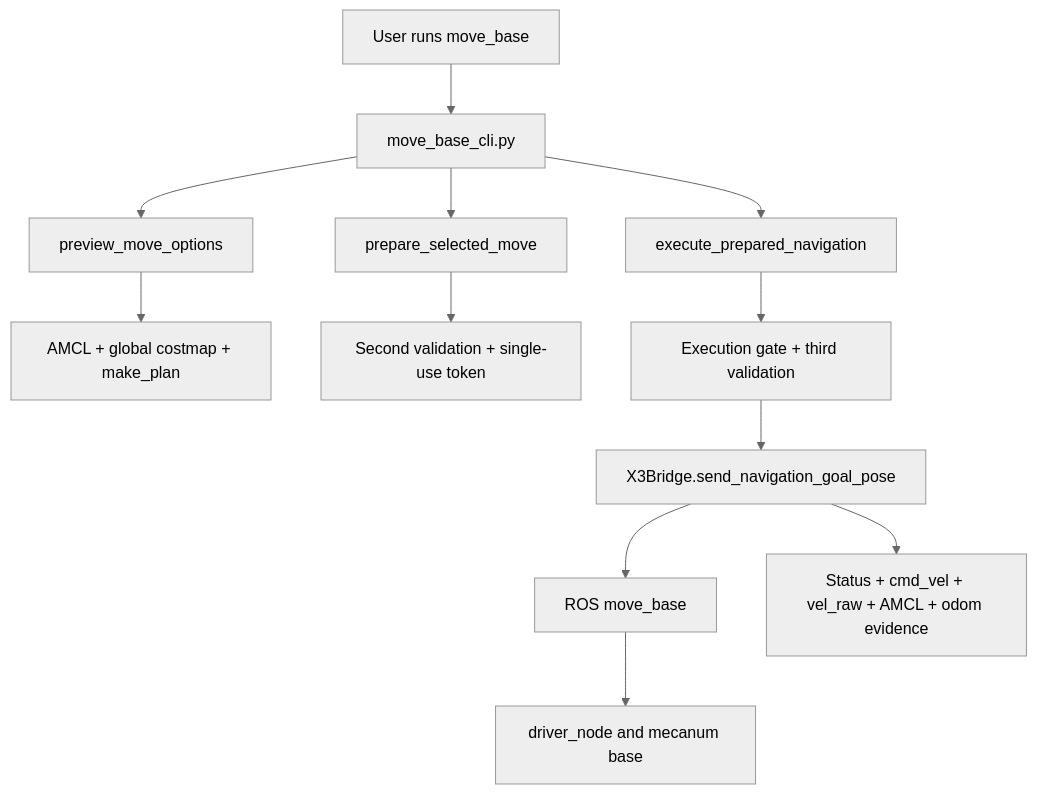
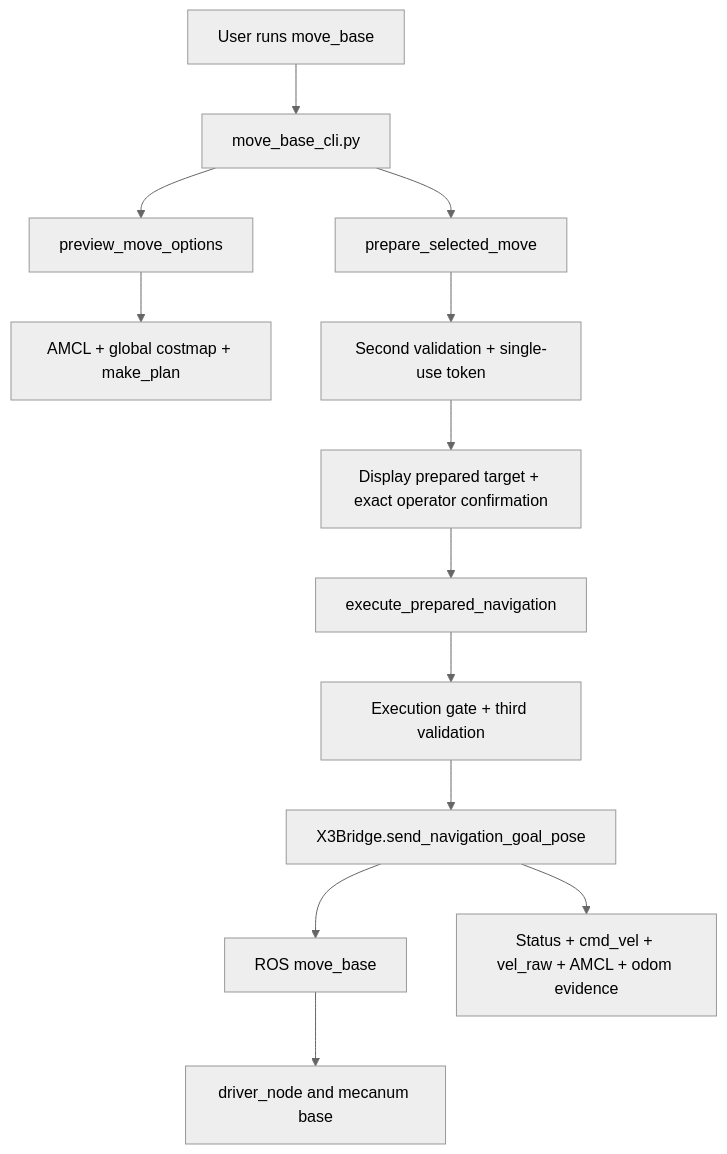
Before and after one commit to luoyg0831-a11y/robonix-rosmaster-x3-safe-move: the diagram in docs/architecture.md, drawn with Mermaid (neutral theme). The commit also changed other lines of this file and 30 other files, not shown here.

````diff
--- a/docs/architecture.md
+++ b/docs/architecture.md
@@ -14,14 +14,15 @@
 ```mermaid
 flowchart TD
     U["User runs move_base"] --> C["move_base_cli.py"]
     C --> P["preview_move_options"]
     P --> R["AMCL + global costmap + make_plan"]
     C --> S["prepare_selected_move"]
     S --> T["Second validation + single-use token"]
-    C --> E["execute_prepared_navigation"]
+    T --> H["Display prepared target + exact operator confirmation"]
+    H --> E["execute_prepared_navigation"]
     E --> V["Execution gate + third validation"]
     V --> B["X3Bridge.send_navigation_goal_pose"]
     B --> M["ROS move_base"]
     M --> D["driver_node and mecanum base"]
     B --> O["Status + cmd_vel + vel_raw + AMCL + odom evidence"]
 ```
````
